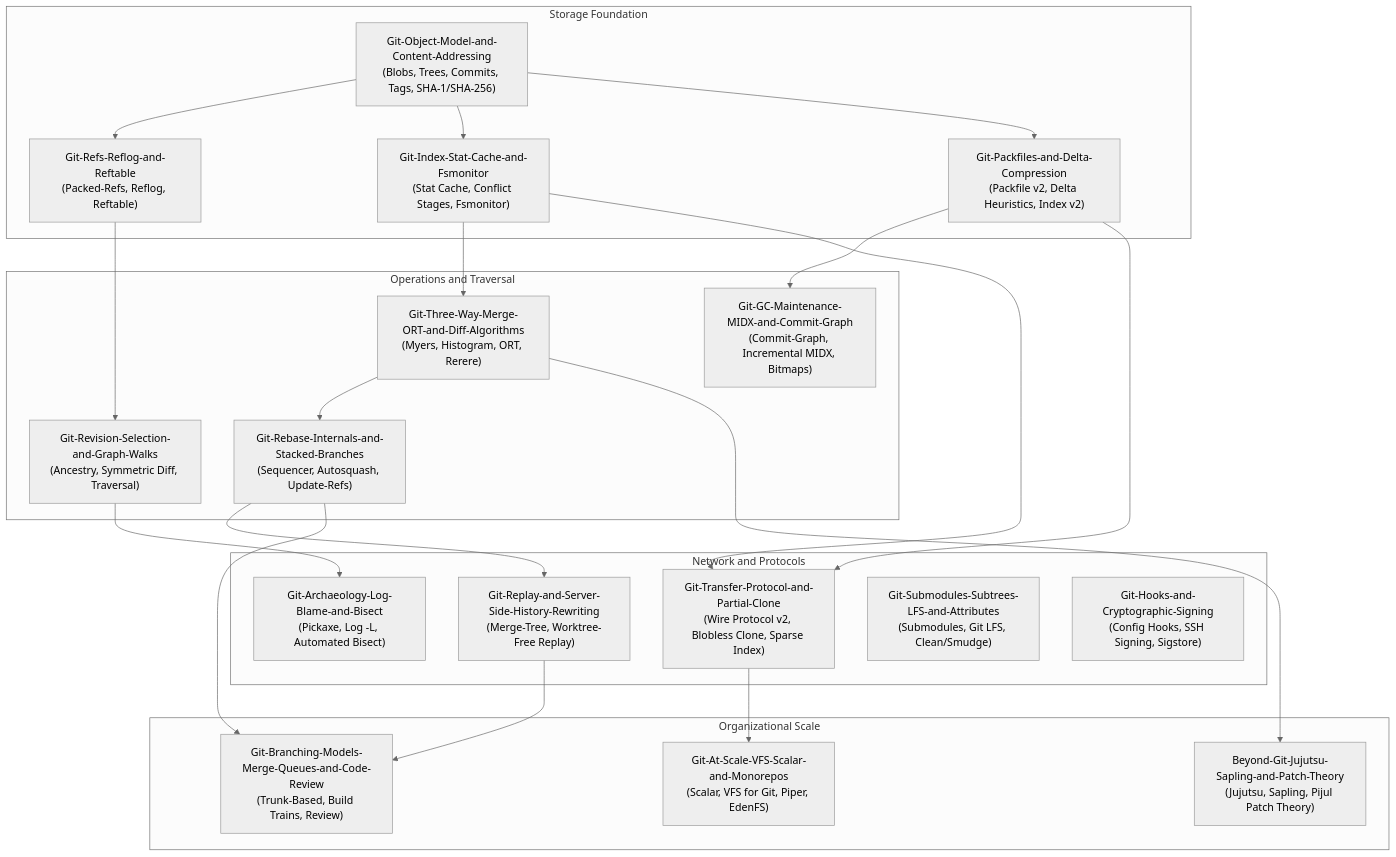
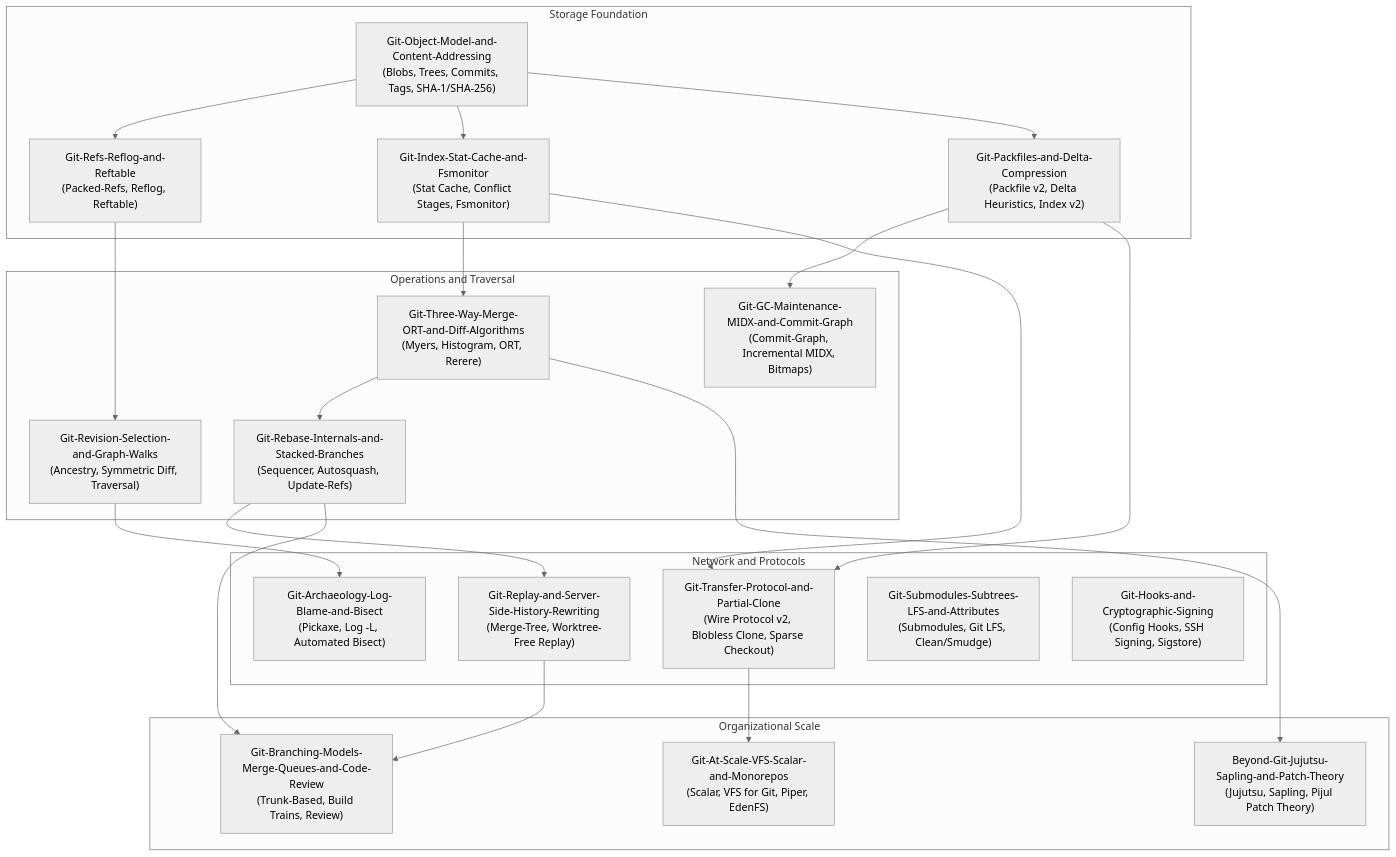
Before and after one commit to shreejitverma/SDE-Interview-Prep: the diagram in 18-Developer-Toolchain/02-Version-Control/README.md, drawn with Mermaid (neutral theme). The commit also changed 16 other files, not shown here.

````diff
--- a/18-Developer-Toolchain/02-Version-Control/README.md
+++ b/18-Developer-Toolchain/02-Version-Control/README.md
@@ -17,38 +17,38 @@
 ```mermaid
 flowchart TD
     subgraph S1["Storage Foundation"]
         OBJ["Git-Object-Model-and-Content-Addressing<br/>(Blobs, Trees, Commits, Tags, SHA-1/SHA-256)"]
         REFS["Git-Refs-Reflog-and-Reftable<br/>(Packed-Refs, Reflog, Reftable)"]
         IDX["Git-Index-Stat-Cache-and-Fsmonitor<br/>(Stat Cache, Conflict Stages, Fsmonitor)"]
         PACK["Git-Packfiles-and-Delta-Compression<br/>(Packfile v2, Delta Heuristics, Index v2)"]
     end
     subgraph S2["Operations and Traversal"]
         WALK["Git-Revision-Selection-and-Graph-Walks<br/>(Ancestry, Symmetric Diff, Traversal)"]
         DIFF["Git-Three-Way-Merge-ORT-and-Diff-Algorithms<br/>(Myers, Histogram, ORT, Rerere)"]
         REBASE["Git-Rebase-Internals-and-Stacked-Branches<br/>(Sequencer, Autosquash, Update-Refs)"]
         MAINT["Git-GC-Maintenance-MIDX-and-Commit-Graph<br/>(Commit-Graph, Incremental MIDX, Bitmaps)"]
     end
     subgraph S3["Network and Protocols"]
-        PROTO["Git-Transfer-Protocol-and-Partial-Clone<br/>(Wire Protocol v2, Blobless Clone, Sparse Index)"]
+        PROTO["Git-Transfer-Protocol-and-Partial-Clone<br/>(Wire Protocol v2, Blobless Clone, Sparse Checkout)"]
         REPLAY["Git-Replay-and-Server-Side-History-Rewriting<br/>(Merge-Tree, Worktree-Free Replay)"]
         ARCH["Git-Archaeology-Log-Blame-and-Bisect<br/>(Pickaxe, Log -L, Automated Bisect)"]
         ATTR["Git-Submodules-Subtrees-LFS-and-Attributes<br/>(Submodules, Git LFS, Clean/Smudge)"]
         SIGN["Git-Hooks-and-Cryptographic-Signing<br/>(Config Hooks, SSH Signing, Sigstore)"]
     end
     subgraph S4["Organizational Scale"]
         BRANCH["Git-Branching-Models-Merge-Queues-and-Code-Review<br/>(Trunk-Based, Build Trains, Review)"]
         SCALE["Git-At-Scale-VFS-Scalar-and-Monorepos<br/>(Scalar, VFS for Git, Piper, EdenFS)"]
         NEXT["Beyond-Git-Jujutsu-Sapling-and-Patch-Theory<br/>(Jujutsu, Sapling, Pijul Patch Theory)"]
     end
     OBJ --> REFS --> WALK
     OBJ --> IDX --> DIFF
     OBJ --> PACK --> MAINT
     DIFF --> REBASE --> REPLAY
     WALK --> ARCH
     IDX --> PROTO
     PACK --> PROTO
     REBASE --> BRANCH
     REPLAY --> BRANCH
     PROTO --> SCALE
     DIFF --> NEXT
 ```
````
